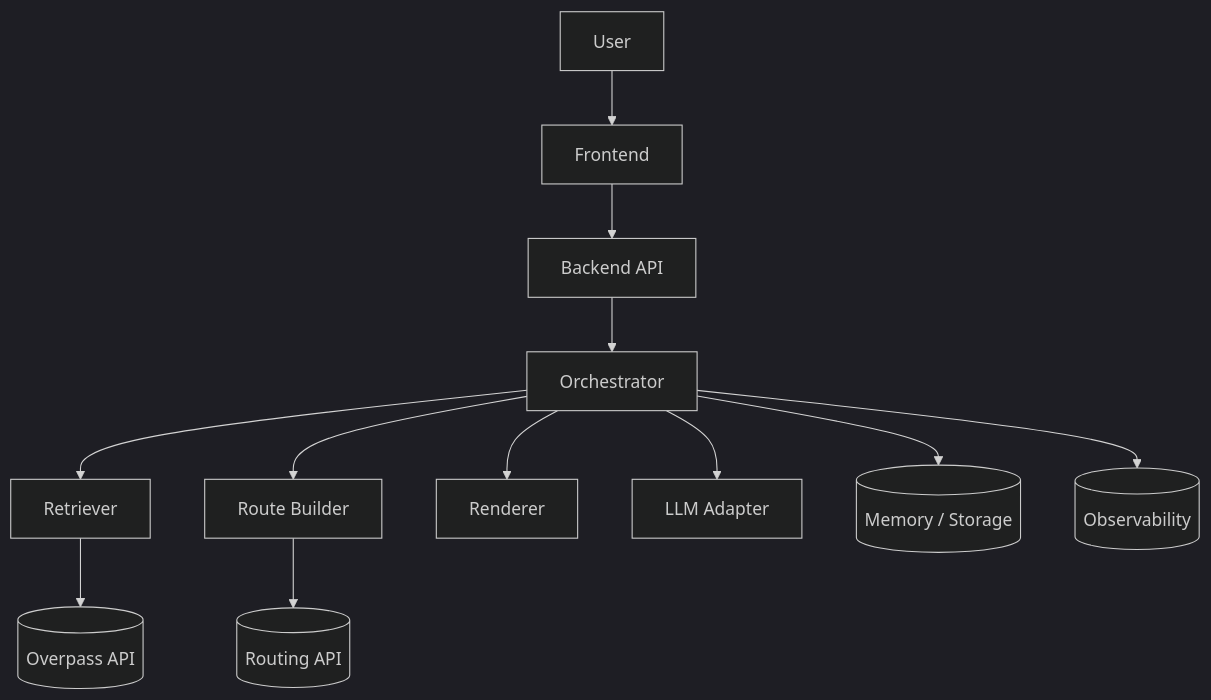
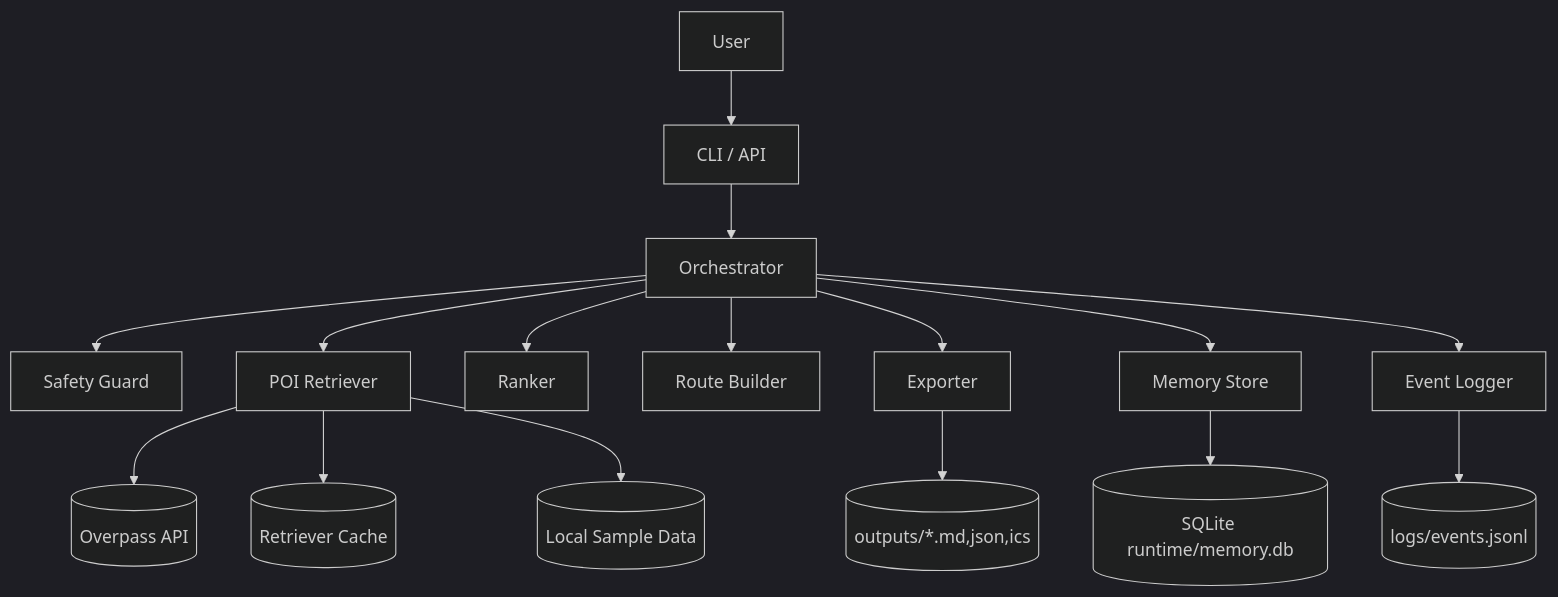
The diagram in docs/diagrams/c4-container.md (karaselerm/city-explorer-agent), drawn with Mermaid (dark theme) before and after one commit. The commit also changed other lines of this file and 61 other files, not shown here.

````diff
--- a/docs/diagrams/c4-container.md
+++ b/docs/diagrams/c4-container.md
@@ -3,18 +3,21 @@
 ```mermaid
 flowchart TB
-    User --> UI[Frontend]
+    User["User"] --> CLI["CLI / API"]
 
-    UI --> API[Backend API]
+    CLI --> ORCH["Orchestrator"]
+    ORCH --> SAFE["Safety Guard"]
+    ORCH --> RET["POI Retriever"]
+    ORCH --> RANK["Ranker"]
+    ORCH --> ROUTE["Route Builder"]
+    ORCH --> EXP["Exporter"]
+    ORCH --> MEM["Memory Store"]
+    ORCH --> OBS["Event Logger"]
 
-    API --> ORCH[Orchestrator]
-    ORCH --> RET[Retriever]
-    ORCH --> ROUTER[Route Builder]
-    ORCH --> RENDER[Renderer]
-    ORCH --> LLM[LLM Adapter]
+    RET --> OSM[("Overpass API")]
+    RET --> CACHE[("Retriever Cache")]
+    RET --> SAMPLE[("Local Sample Data")]
 
-    RET --> OSM[(Overpass API)]
-    ROUTER --> Routing[(Routing API)]
-
-    ORCH --> DB[(Memory / Storage)]
-    ORCH --> LOGS[(Observability)]
+    MEM --> SQLITE[("SQLite runtime/memory.db")]
+    OBS --> LOGS[("logs/events.jsonl")]
+    EXP --> OUT[("outputs/*.md,json,ics")]
 ```
````
